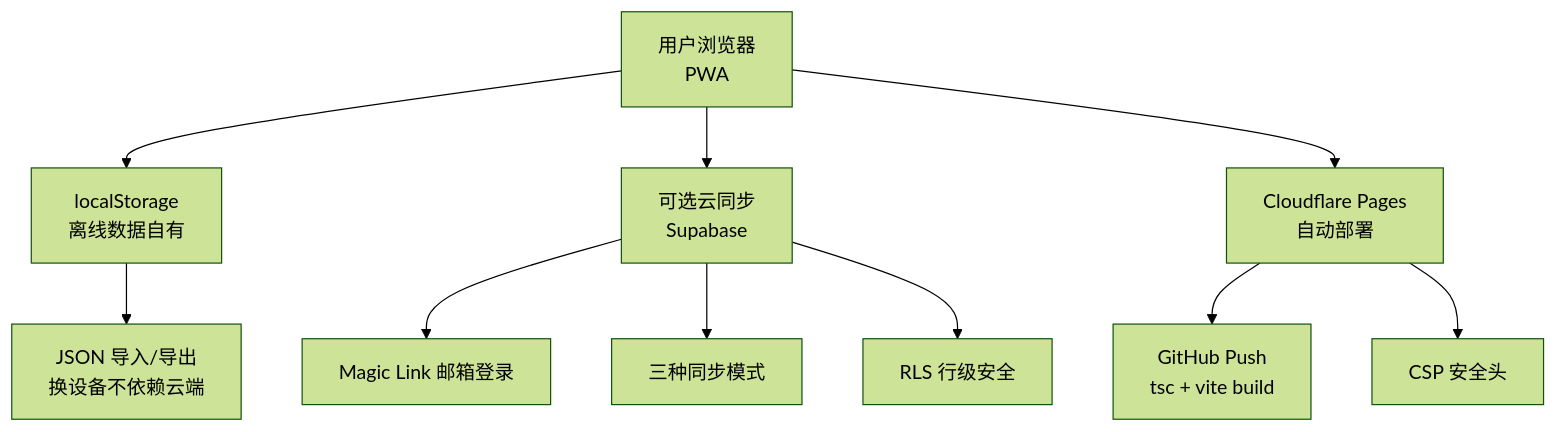
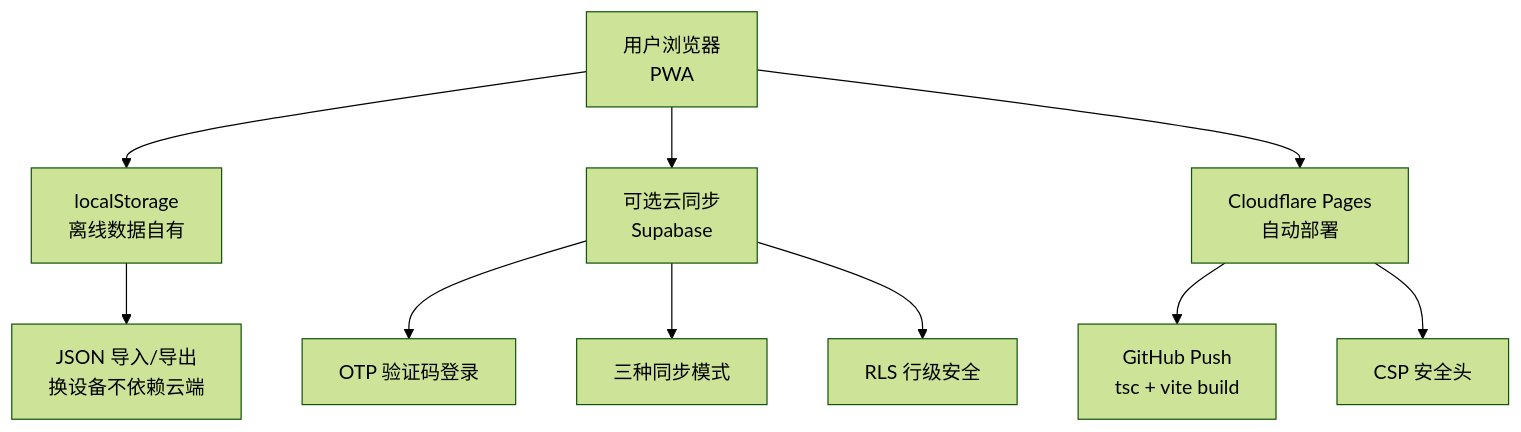
One commit to 4444Hao/mood-strokes changed the diagram in README.md. Above: the diagram before and after it, drawn with Mermaid (forest theme). The commit also changed other lines of this file, not shown here.

````diff
--- a/README.md
+++ b/README.md
@@ -54,12 +52,12 @@
 ```mermaid
 graph TD
     A[用户浏览器<br/>PWA] --> B[localStorage<br/>离线数据自有]
     A --> C[可选云同步<br/>Supabase]
     B --> D[JSON 导入/导出<br/>换设备不依赖云端]
-    C --> E[Magic Link 邮箱登录]
+    C --> E[OTP 验证码登录]
     C --> F[三种同步模式]
     C --> G[RLS 行级安全]
     A --> H[Cloudflare Pages<br/>自动部署]
     H --> I[GitHub Push<br/>tsc + vite build]
     H --> J[CSP 安全头]
 ```
````
